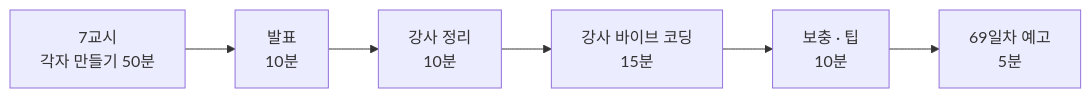
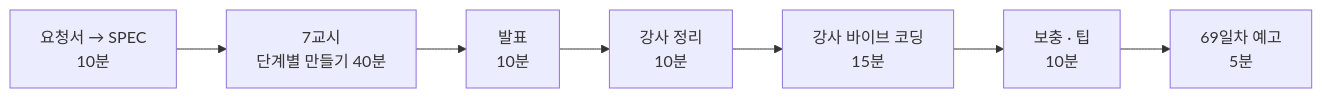
The diagram in Lecture/68/04-VIBE-CODING.md (obhht2302-ctrl/aio-01d4-stu), drawn with Mermaid before and after one commit. The commit also changed other lines of this file and 5 other files, not shown here.

Commit message:
68일차 바이브 코딩을 요청서(VIBE-REQ-TFLOW) → 내 SPEC → VIBE-Q 비교 순서로 바꿈

````diff
--- a/Lecture/68/04-VIBE-CODING.md
+++ b/Lecture/68/04-VIBE-CODING.md
@@ -7,4 +8,4 @@
 ```mermaid
 flowchart LR
-  A["7교시<br/>각자 만들기 50분"] --> B["발표<br/>10분"] --> C["강사 정리<br/>10분"] --> D["강사 바이브 코딩<br/>15분"] --> E["보충 · 팁<br/>10분"] --> F["69일차 예고<br/>5분"]
+  R["요청서 → SPEC<br/>10분"] --> A["7교시<br/>단계별 만들기 40분"] --> B["발표<br/>10분"] --> C["강사 정리<br/>10분"] --> D["강사 바이브 코딩<br/>15분"] --> E["보충 · 팁<br/>10분"] --> F["69일차 예고<br/>5분"]
 ```
````
